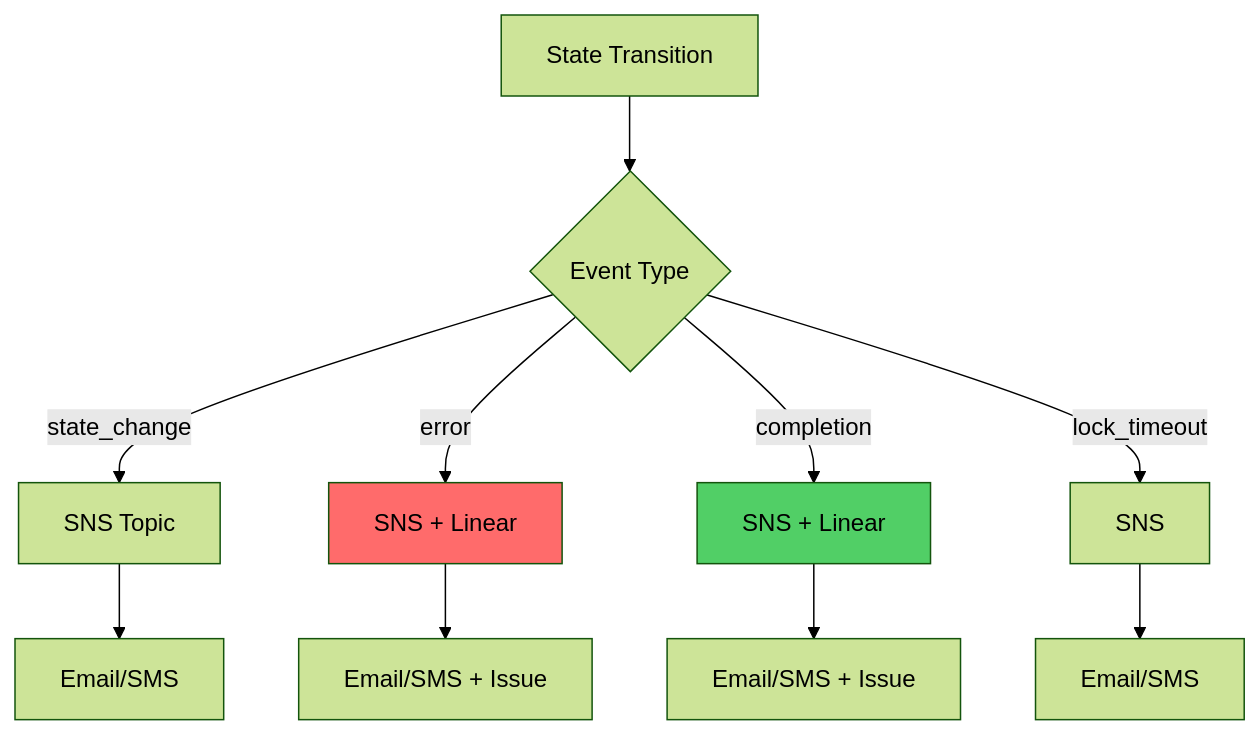
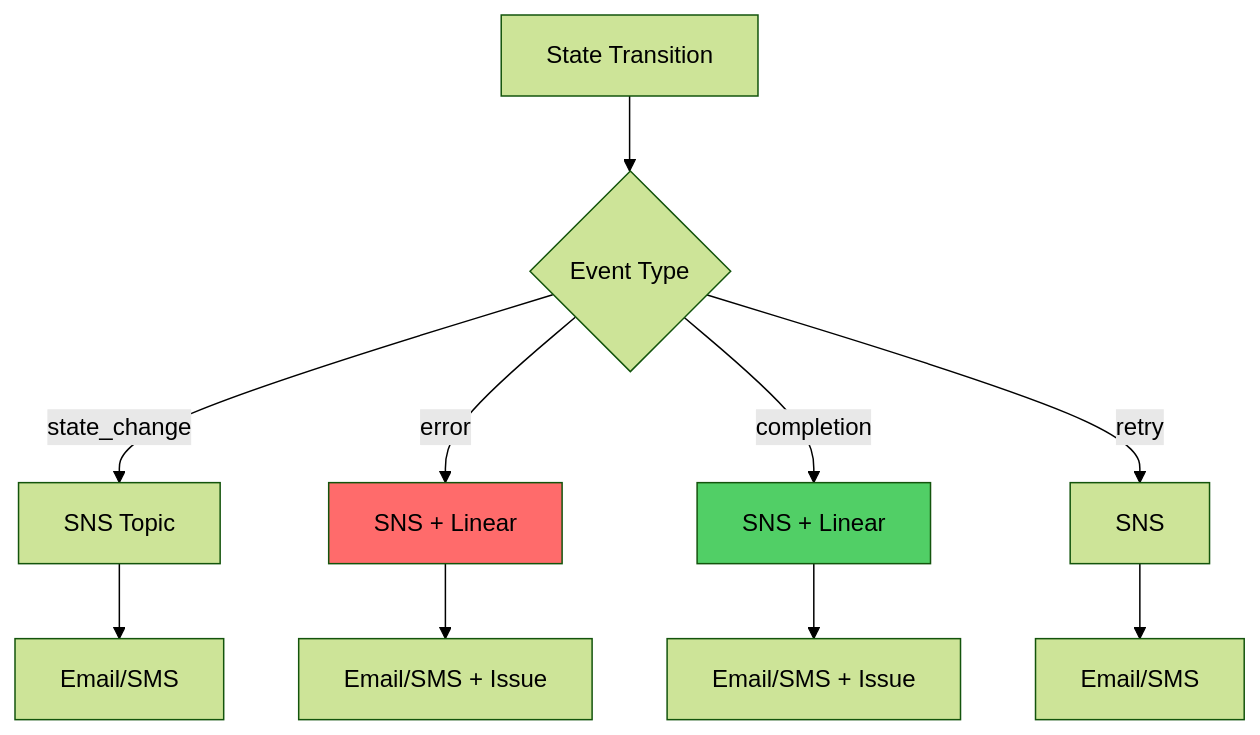
One commit to Daylily-Informatics/daylily-ursa changed the third of 3 diagrams in docs/WORKSET_STATE_DIAGRAM.md. Above: the diagram before and after it, drawn with Mermaid (forest theme). The commit also changed other lines of this file, not shown here.

First line of the commit message:
docs: update workset state diagram to match trimmed 10-state enum

````diff
--- a/docs/WORKSET_STATE_DIAGRAM.md
+++ b/docs/WORKSET_STATE_DIAGRAM.md
@@ -197,16 +218,16 @@
 ```mermaid
 graph TB
     A[State Transition] --> B{Event Type}
     B -->|state_change| C[SNS Topic]
     B -->|error| D[SNS + Linear]
     B -->|completion| E[SNS + Linear]
-    B -->|lock_timeout| F[SNS]
-    
+    B -->|retry| F[SNS]
+
     C --> G[Email/SMS]
     D --> H[Email/SMS + Issue]
     E --> I[Email/SMS + Issue]
     F --> J[Email/SMS]
-    
+
     style D fill:#ff6b6b
     style E fill:#51cf66
 ```
````
